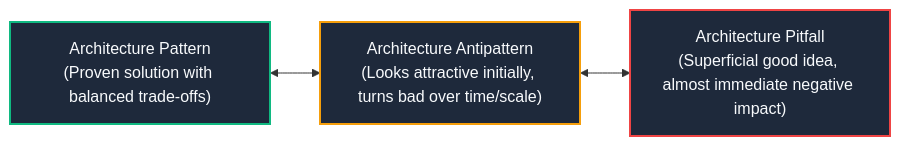
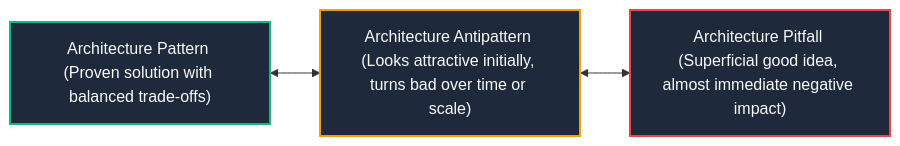
One commit to AkmKawser/System-Design changed the first of 2 diagrams in topics/0.FUNDAMENTALS/Software Architecture and Modeling/1.ARCHITECTURE/output/query_ARCHITECTURE/001_software_architecture_patterns_antipatterns_and_pitfalls.md. Above: the diagram before and after it, drawn with Mermaid. The commit also changed other lines of this file and 3 other files, not shown here.

Commit message:
fix(audit): correct auditor root path resolution to repo root and fix Mermaid syntax violations

````diff
--- a/topics/0.FUNDAMENTALS/Software Architecture and Modeling/1.ARCHITECTURE/output/query_ARCHITECTURE/001_software_architecture_patterns_antipatterns_and_pitfalls.md
+++ b/topics/0.FUNDAMENTALS/Software Architecture and Modeling/1.ARCHITECTURE/output/query_ARCHITECTURE/001_software_architecture_patterns_antipatterns_and_pitfalls.md
@@ -11,12 +11,12 @@
 ```mermaid
 flowchart LR
-    A["Architecture Pattern<br/>(Proven solution with balanced trade-offs)"] <--> B["Architecture Antipattern<br/>(Looks attractive initially, turns bad over time/scale)"]
-    B <--> C["Architecture Pitfall<br/>(Superficial good idea, almost immediate negative impact)"]
+    A["Architecture Pattern (Proven solution with balanced trade-offs)"] <--> B["Architecture Antipattern (Looks attractive initially, turns bad over time or scale)"]
+    B <--> C["Architecture Pitfall (Superficial good idea, almost immediate negative impact)"]
 
     classDef pattern fill:#1e293b,stroke:#10b981,stroke-width:2px,color:#f8fafc;
     classDef antipattern fill:#1e293b,stroke:#f59e0b,stroke-width:2px,color:#f8fafc;
     classDef pitfall fill:#1e293b,stroke:#ef4444,stroke-width:2px,color:#f8fafc;
     class A pattern;
     class B antipattern;
     class C pitfall;
 ```
````
